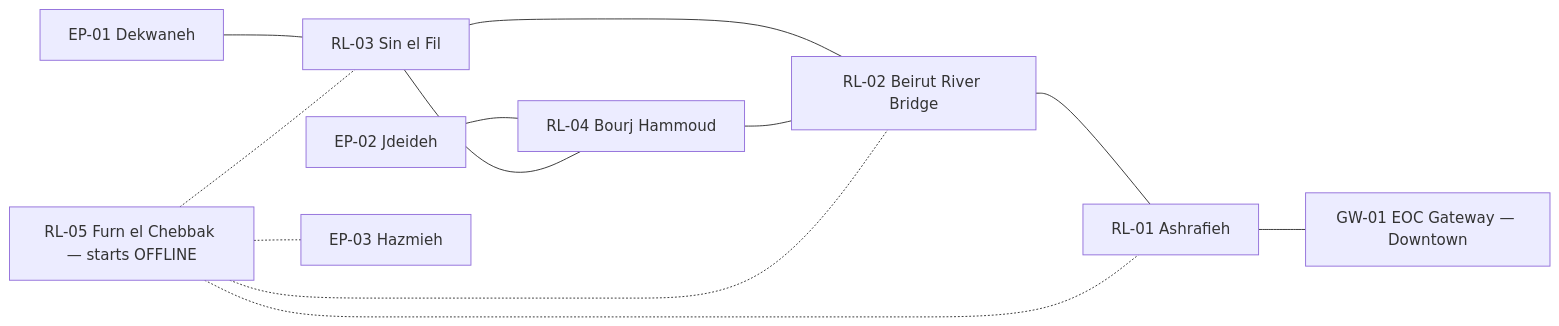
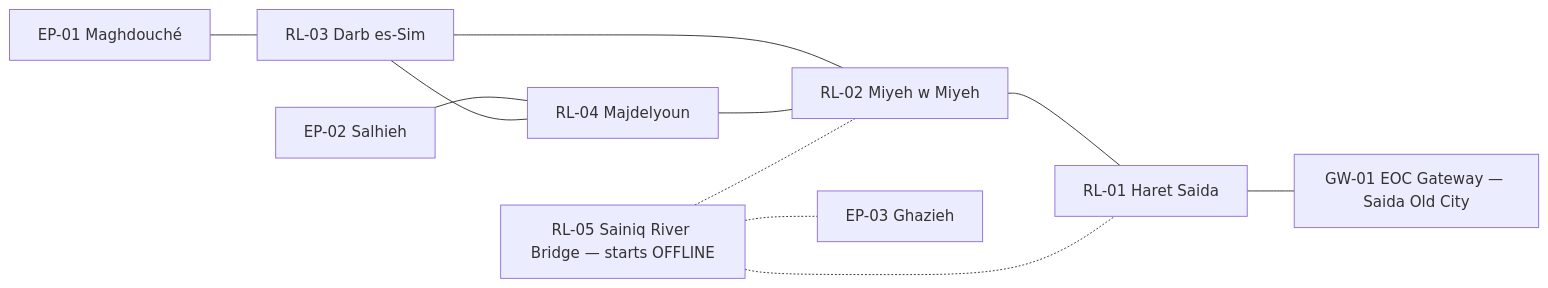
The first of 2 diagrams in docs/LORA_INTEGRATION.md (adnankhalil22/RescueMesh), drawn with Mermaid before and after one commit. The commit also changed other lines of this file and 16 other files, not shown here.

````diff
--- a/docs/LORA_INTEGRATION.md
+++ b/docs/LORA_INTEGRATION.md
@@ -58,14 +59,13 @@
 ```mermaid
 flowchart LR
-  EP01[EP-01 Dekwaneh] --- RL03[RL-03 Sin el Fil]
-  EP02[EP-02 Jdeideh] --- RL04[RL-04 Bourj Hammoud]
-  RL03 --- RL02[RL-02 Beirut River Bridge]
+  EP01[EP-01 Maghdouché] --- RL03[RL-03 Darb es-Sim]
+  EP02[EP-02 Salhieh] --- RL04[RL-04 Majdelyoun]
+  RL03 --- RL02[RL-02 Miyeh w Miyeh]
   RL03 --- RL04
   RL04 --- RL02
-  RL02 --- RL01[RL-01 Ashrafieh]
-  RL01 --- GW[GW-01 EOC Gateway — Downtown]
-  RL05[RL-05 Furn el Chebbak — starts OFFLINE] -.- RL01
+  RL02 --- RL01[RL-01 Haret Saida]
+  RL01 --- GW[GW-01 EOC Gateway — Saida Old City]
+  RL05[RL-05 Sainiq River Bridge — starts OFFLINE] -.- RL01
   RL05 -.- RL02
-  RL05 -.- RL03
-  RL05 -.- EP03[EP-03 Hazmieh]
+  RL05 -.- EP03[EP-03 Ghazieh]
 ```
````
